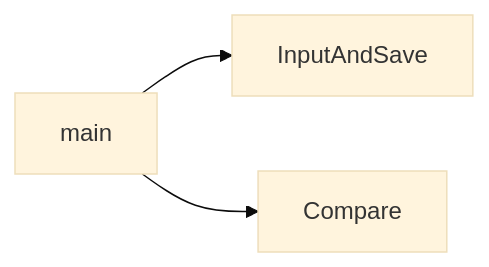
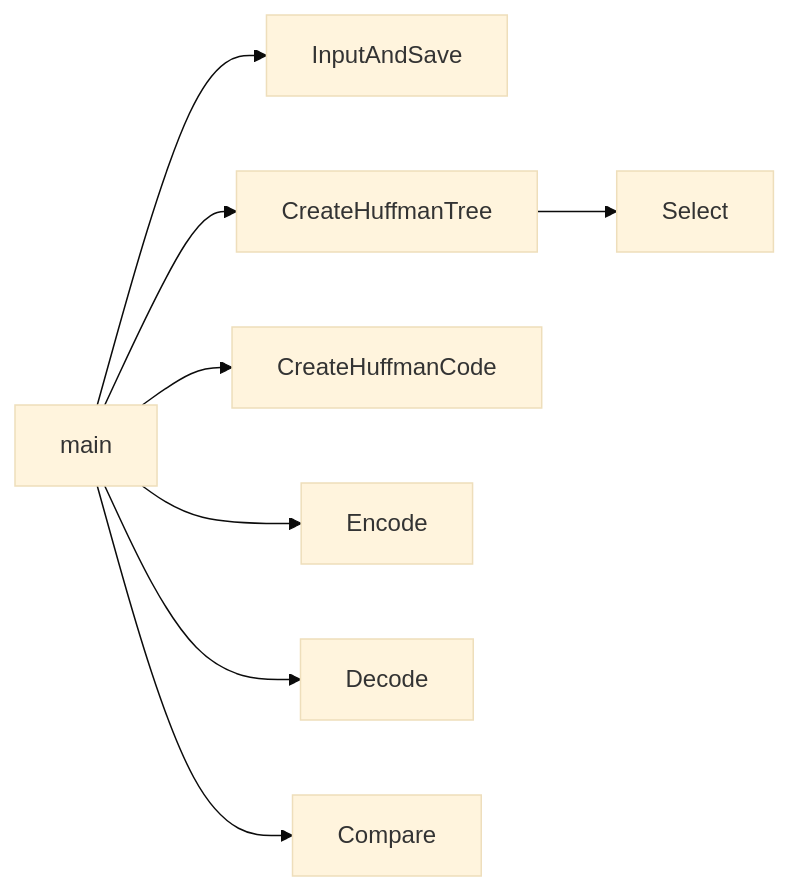
Before and after one commit to SunYufei/OI: the second of 2 diagrams in OUCDS/3/README.md, drawn with Mermaid (base theme). The commit also changed other lines of this file and 3 other files, not shown here.

````diff
--- a/OUCDS/3/README.md
+++ b/OUCDS/3/README.md
@@ -66,10 +76,18 @@
 ```mermaid
 graph LR
 main
 in[InputAndSave]
-
-cmp[Compare]
+crt[CreateHuffmanTree]
+crc[CreateHuffmanCode]
+Select
+Encode
+Decode
+Compare
 
 main-->in
-main-->cmp
+main-->crt-->Select
+main-->crc
+main-->Encode
+main-->Decode
+main-->Compare
 ```
````
